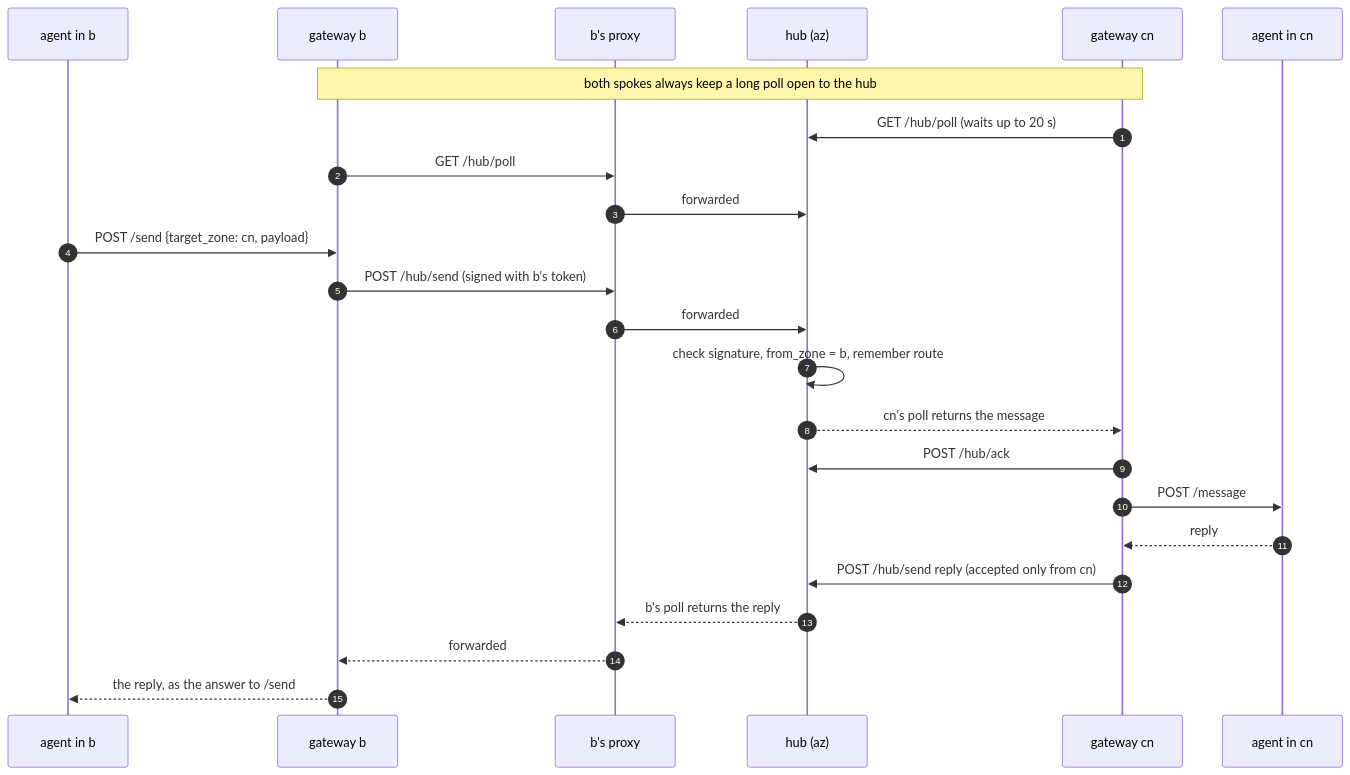
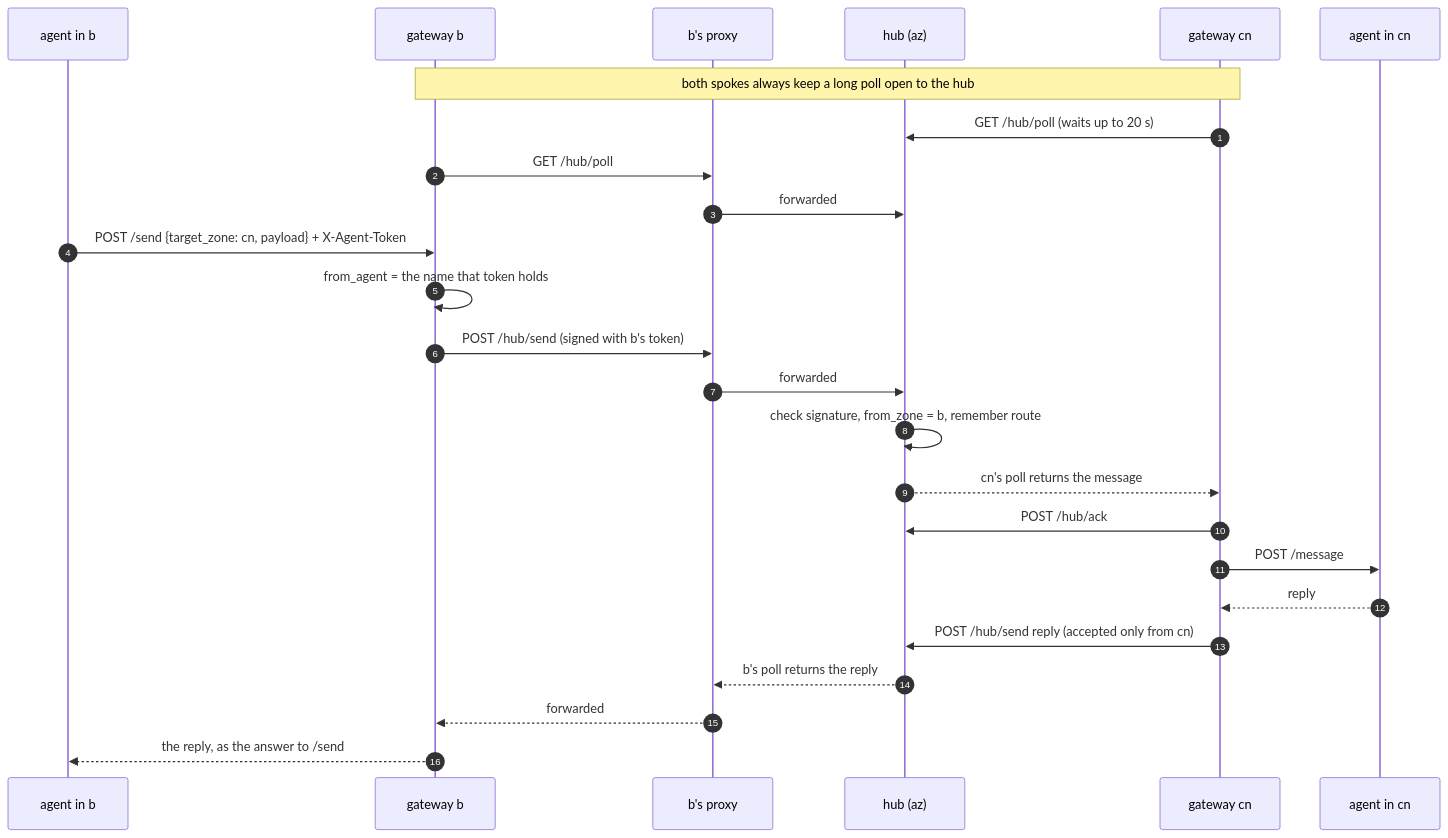
Before and after one commit to Gionu7/AgentZones: the second of 6 diagrams in docs/ARCHITECTURE.md, drawn with Mermaid. The commit also changed other lines of this file and 1 other file, not shown here.

Commit message:
Docs: diagrams for per-agent identity from main
- the zone diagram shows agents calling with their X-Agent-Token, and the
  message sequence shows the gateway setting from_agent from it
- SECURITY.md: a flow for who may register a name (held by another live
  token -> 403; the old agent restarted or gone -> taken over)

Claude-Session: https://claude.ai/code/session_01MpTo22Cv6aFxde4LJdFDUG

````diff
--- a/docs/ARCHITECTURE.md
+++ b/docs/ARCHITECTURE.md
@@ -53,26 +53,27 @@
 ```mermaid
 sequenceDiagram
   autonumber
   participant A as agent in b
   participant GB as gateway b
   participant P as b's proxy
   participant H as hub (az)
   participant GC as gateway cn
   participant C as agent in cn
   Note over GB,GC: both spokes always keep a long poll open to the hub
   GC->>H: GET /hub/poll (waits up to 20 s)
   GB->>P: GET /hub/poll
   P->>H: forwarded
-  A->>GB: POST /send {target_zone: cn, payload}
+  A->>GB: POST /send {target_zone: cn, payload} + X-Agent-Token
+  GB->>GB: from_agent = the name that token holds
   GB->>P: POST /hub/send (signed with b's token)
   P->>H: forwarded
   H->>H: check signature, from_zone = b, remember route
   H-->>GC: cn's poll returns the message
   GC->>H: POST /hub/ack
   GC->>C: POST /message
   C-->>GC: reply
   GC->>H: POST /hub/send reply (accepted only from cn)
   H-->>P: b's poll returns the reply
   P-->>GB: forwarded
   GB-->>A: the reply, as the answer to /send
 ```
````
